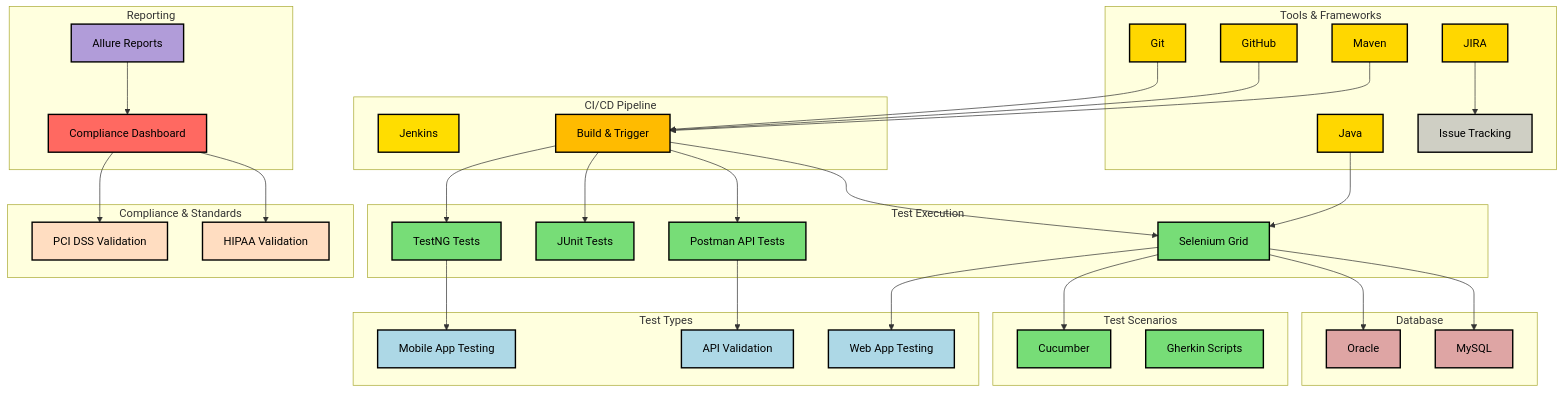
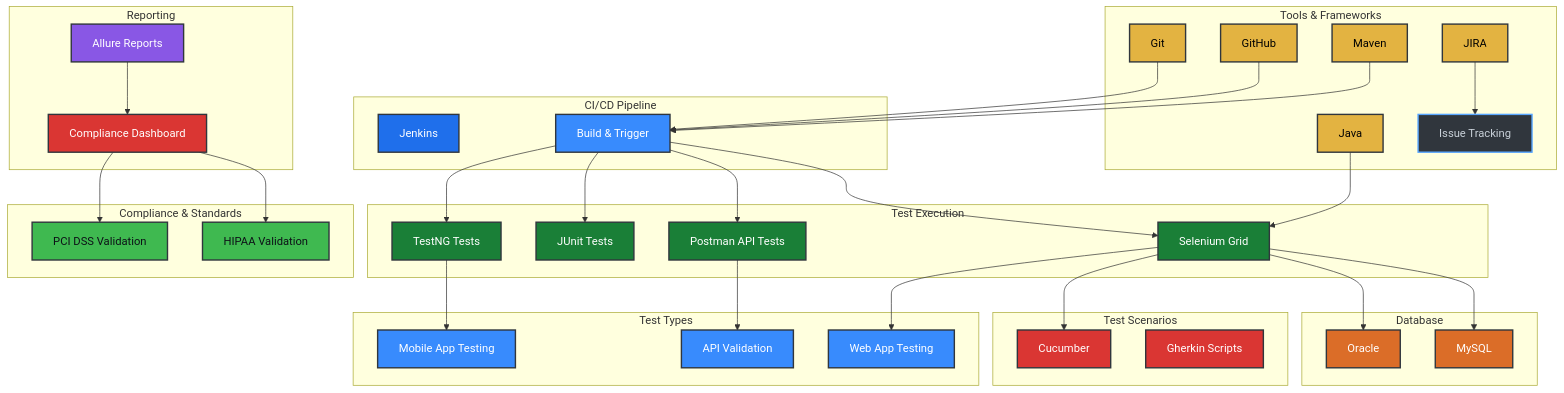
One commit to moqaddasQA/moqaddasQA changed the first of 2 diagrams in README.md. Above: the diagram before and after it, drawn with Mermaid. The commit also changed other lines of this file, not shown here.

Commit message:
🎨 Apply dark GitHub genre throughout — 161b22 badge tiles, 58A6FF accents, 3FB950 green, dark mermaid nodes, matched streak/graph colors

````diff
--- a/README.md
+++ b/README.md
@@ -145,78 +145,78 @@
 ```mermaid
 graph TD
-  style A fill:#FFDD00,stroke:#000,stroke-width:2px,color:#000
-  style B fill:#FFBB00,stroke:#000,stroke-width:2px,color:#000
-  style C fill:#77DD77,stroke:#000,stroke-width:2px,color:#000
-  style D fill:#77DD77,stroke:#000,stroke-width:2px,color:#000
-  style E fill:#77DD77,stroke:#000,stroke-width:2px,color:#000
-  style F fill:#77DD77,stroke:#000,stroke-width:2px,color:#000
-  style G fill:#B19CD9,stroke:#000,stroke-width:2px,color:#000
-  style H fill:#FF6961,stroke:#000,stroke-width:2px,color:#000
-  style I fill:#DEA5A4,stroke:#000,stroke-width:2px,color:#000
-  style J fill:#DEA5A4,stroke:#000,stroke-width:2px,color:#000
-  style K fill:#FFD700,stroke:#000,stroke-width:2px,color:#000
-  style L fill:#FFD700,stroke:#000,stroke-width:2px,color:#000
-  style M fill:#FFD700,stroke:#000,stroke-width:2px,color:#000
-  style N fill:#FFD700,stroke:#000,stroke-width:2px,color:#000
-  style O fill:#FFD700,stroke:#000,stroke-width:2px,color:#000
-  style P fill:#CFCFC4,stroke:#000,stroke-width:2px,color:#000
-  style Q fill:#FFDDC1,stroke:#000,stroke-width:2px,color:#000
-  style R fill:#FFDDC1,stroke:#000,stroke-width:2px,color:#000
-  style S fill:#77DD77,stroke:#000,stroke-width:2px,color:#000
-  style T fill:#77DD77,stroke:#000,stroke-width:2px,color:#000
-  style U fill:#ADD8E6,stroke:#000,stroke-width:2px,color:#000
-  style V fill:#ADD8E6,stroke:#000,stroke-width:2px,color:#000
-  style W fill:#ADD8E6,stroke:#000,stroke-width:2px,color:#000
+  style A fill:#1f6feb,stroke:#30363d,stroke-width:2px,color:#fff
+  style B fill:#388bfd,stroke:#30363d,stroke-width:2px,color:#fff
+  style C fill:#1a7f37,stroke:#30363d,stroke-width:2px,color:#fff
+  style D fill:#1a7f37,stroke:#30363d,stroke-width:2px,color:#fff
+  style E fill:#1a7f37,stroke:#30363d,stroke-width:2px,color:#fff
+  style F fill:#1a7f37,stroke:#30363d,stroke-width:2px,color:#fff
+  style G fill:#8957e5,stroke:#30363d,stroke-width:2px,color:#fff
+  style H fill:#da3633,stroke:#30363d,stroke-width:2px,color:#fff
+  style I fill:#db6d28,stroke:#30363d,stroke-width:2px,color:#fff
+  style J fill:#db6d28,stroke:#30363d,stroke-width:2px,color:#fff
+  style K fill:#e3b341,stroke:#30363d,stroke-width:2px,color:#000
+  style L fill:#e3b341,stroke:#30363d,stroke-width:2px,color:#000
+  style M fill:#e3b341,stroke:#30363d,stroke-width:2px,color:#000
+  style N fill:#e3b341,stroke:#30363d,stroke-width:2px,color:#000
+  style O fill:#e3b341,stroke:#30363d,stroke-width:2px,color:#000
+  style P fill:#30363d,stroke:#58a6ff,stroke-width:2px,color:#c9d1d9
+  style Q fill:#3fb950,stroke:#30363d,stroke-width:2px,color:#0d1117
+  style R fill:#3fb950,stroke:#30363d,stroke-width:2px,color:#0d1117
+  style S fill:#da3633,stroke:#30363d,stroke-width:2px,color:#fff
+  style T fill:#da3633,stroke:#30363d,stroke-width:2px,color:#fff
+  style U fill:#388bfd,stroke:#30363d,stroke-width:2px,color:#fff
+  style V fill:#388bfd,stroke:#30363d,stroke-width:2px,color:#fff
+  style W fill:#388bfd,stroke:#30363d,stroke-width:2px,color:#fff
 
   subgraph CI/CD Pipeline
     A[Jenkins]
     B[Build & Trigger]
   end
 
   subgraph Test Execution
     B --> C[Selenium Grid]
     B --> D[Postman API Tests]
     B --> E[JUnit Tests]
     B --> F[TestNG Tests]
   end
 
   subgraph Reporting
     G[Allure Reports]
     G --> H[Compliance Dashboard]
   end
 
   subgraph Database
     C --> I[MySQL]
     C --> J[Oracle]
   end
 
   subgraph Tools & Frameworks
     K[Java]
     L[Git]
     M[GitHub]
     N[Maven]
     O[JIRA]
     K --> C
     L --> B
     M --> B
     N --> B
     O --> P[Issue Tracking]
   end
 
   subgraph Compliance & Standards
     H --> Q[HIPAA Validation]
     H --> R[PCI DSS Validation]
   end
 
   subgraph Test Scenarios
     S[Cucumber]
     T[Gherkin Scripts]
     C --> S
   end
 
   subgraph Test Types
     C --> U[Web App Testing]
     D --> V[API Validation]
     F --> W[Mobile App Testing]
   end
 ```
````
